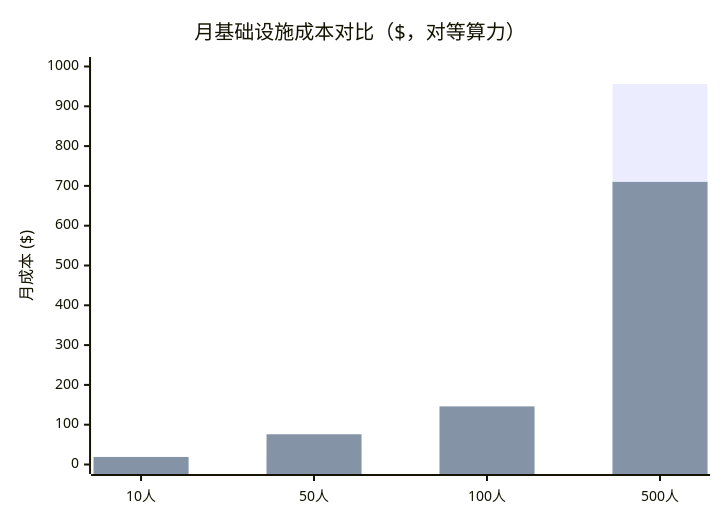
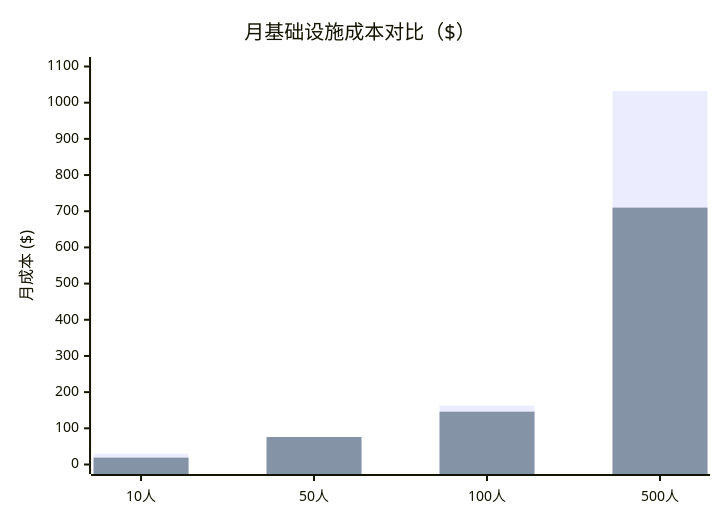
Diagram 13 of 14 in docs/architecture.md (jiayiyan-AI/laifu), drawn with Mermaid before and after one commit. The commit also changed other lines of this file and 14 other files, not shown here.

````diff
--- a/docs/architecture.md
+++ b/docs/architecture.md
@@ -945,8 +967,8 @@
 ```mermaid
 xychart-beta
-    title "月基础设施成本对比（$，对等算力）"
+    title "月基础设施成本对比（$）"
     x-axis ["10人", "50人", "100人", "500人"]
-    y-axis "月成本 ($)" 0 --> 1000
-    bar "Azure" [14, 36, 139, 956]
+    y-axis "月成本 ($)" 0 --> 1100
+    bar "Azure" [30, 52, 163, 1032]
     bar "CF+Fly" [19, 76, 146, 710]
 ```
````
